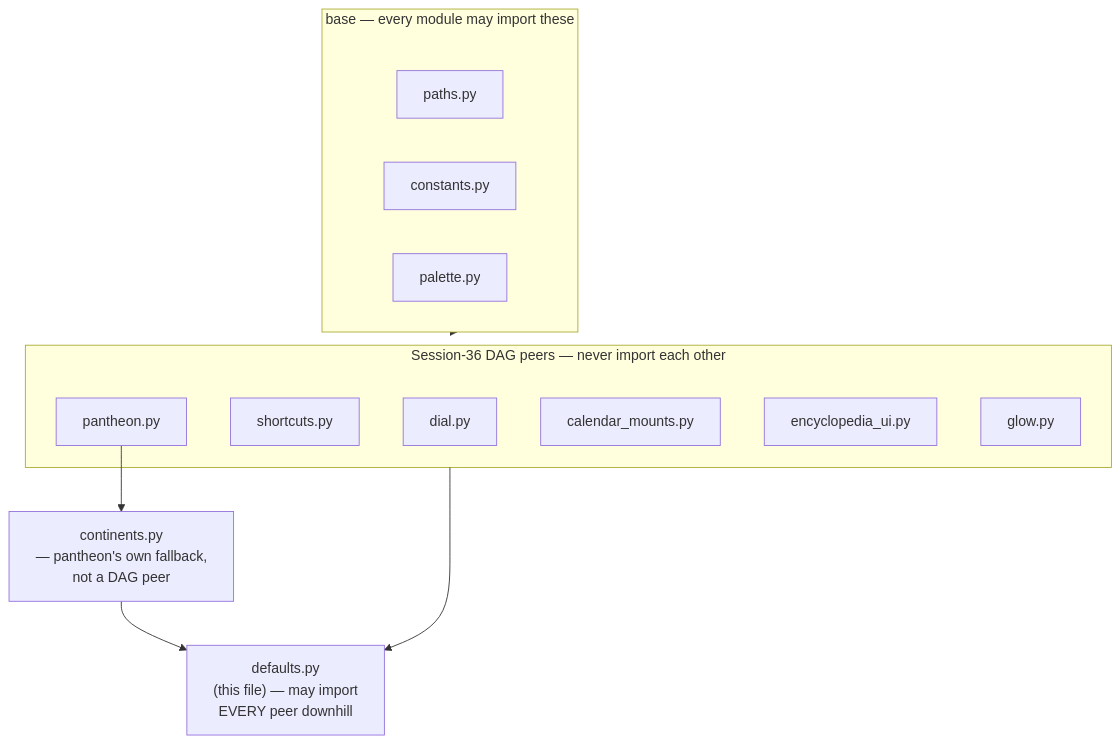
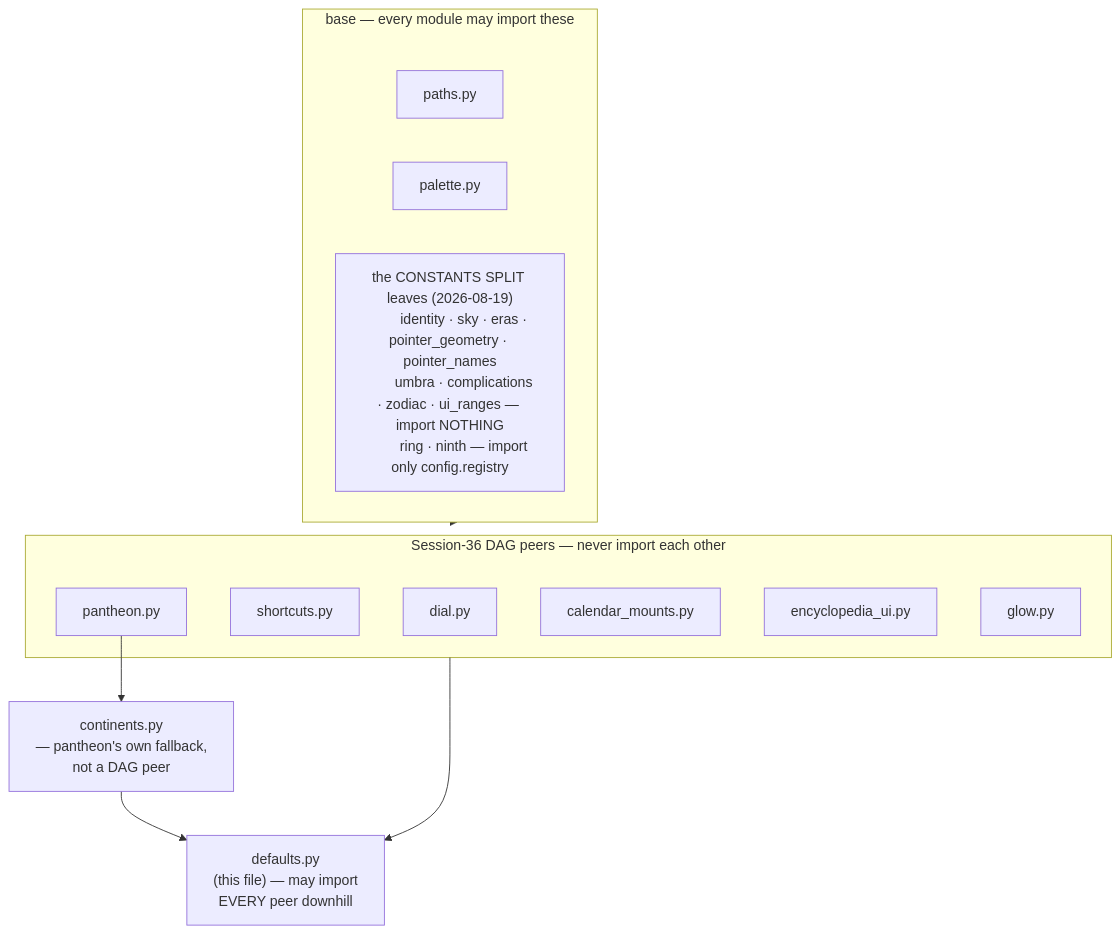
Before and after one commit to UVuruna/Watch-Academy: the first of 2 diagrams in desktop/config/__flow/defaults.md, drawn with Mermaid. The commit also changed 22 other files, not shown here.

````diff
--- a/desktop/config/__flow/defaults.md
+++ b/desktop/config/__flow/defaults.md
@@ -36,24 +36,27 @@
 ```mermaid
 %%{init: {'flowchart': {'subGraphTitleMargin': {'top': 0, 'bottom': 35}}}}%%
 flowchart TB
     subgraph BASE["base — every module may import these"]
         paths[paths.py]
-        constants[constants.py]
         palette[palette.py]
+        topics["the CONSTANTS SPLIT leaves (2026-08-19)
+        identity · sky · eras · pointer_geometry · pointer_names
+        umbra · complications · zodiac · ui_ranges — import NOTHING
+        ring · ninth — import only config.registry"]
     end
     subgraph PEERS["Session-36 DAG peers — never import each other"]
         dial[dial.py]
         shortcuts[shortcuts.py]
         pantheon[pantheon.py]
         calmounts[calendar_mounts.py]
         encui[encyclopedia_ui.py]
         glow[glow.py]
     end
     continents[continents.py\n— pantheon's own fallback,\nnot a DAG peer]
     remnant["defaults.py\n(this file) — may import\nEVERY peer downhill"]
 
     BASE --> PEERS
     pantheon --> continents
     PEERS --> remnant
     continents --> remnant
 ```
````
